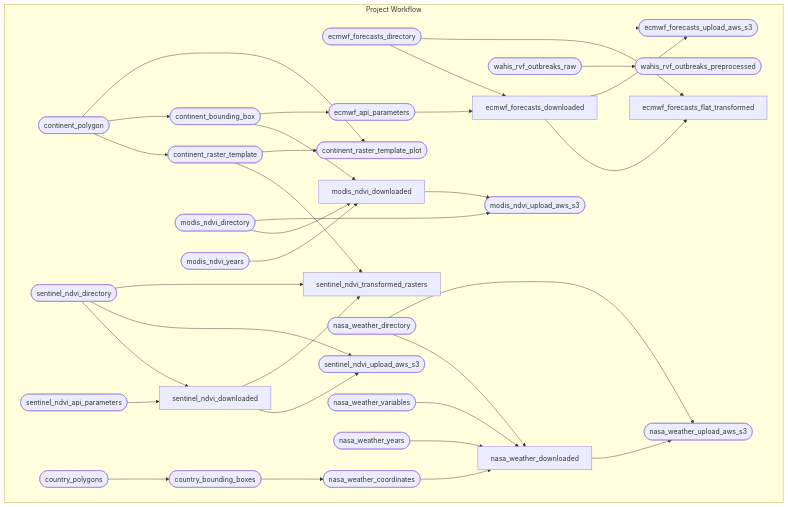
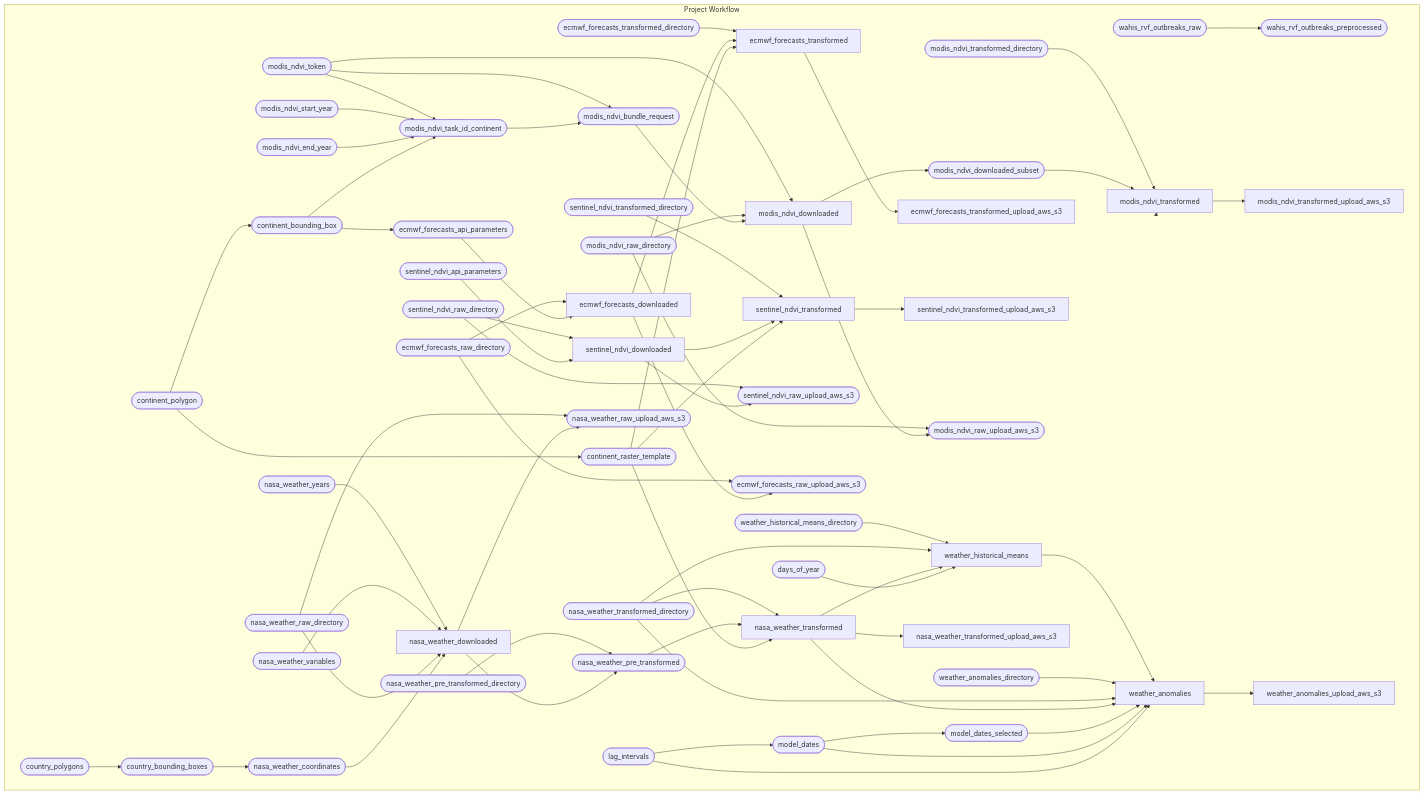
Before and after one commit to One-Health-Research-Consulting/open-rvfcast: the diagram in README.md, drawn with Mermaid. The commit also changed other lines of this file and 4 other files, not shown here.

````diff
--- a/README.md
+++ b/README.md
@@ -54,39 +54,71 @@
 ``` mermaid
 graph LR
 subgraph Project Workflow
     direction LR
-    xcec9a7631fb026ee(["ecmwf_forecasts_directory"]):::skipped --> xa5738a057262b61d(["ecmwf_forecasts_upload_aws_s3"]):::skipped
-    x9c76f3c92ea2d49d["ecmwf_forecasts_downloaded"]:::skipped --> xa5738a057262b61d(["ecmwf_forecasts_upload_aws_s3"]):::skipped
-    xa1d97300a3b205ca(["continent_bounding_box"]):::skipped --> xbb3aa5bc7b1658be(["ecmwf_api_parameters"]):::skipped
-    x0ba8074843dd369a(["continent_polygon"]):::skipped --> x012d23f29668478a(["continent_raster_template_plot"]):::built
-    x2afa632571070318(["continent_raster_template"]):::built --> x012d23f29668478a(["continent_raster_template_plot"]):::built
-    x2afa632571070318(["continent_raster_template"]):::built --> x01658e026e0a29fd["sentinel_ndvi_transformed_rasters"]:::built
-    xfd232772a977e694(["sentinel_ndvi_directory"]):::skipped --> x01658e026e0a29fd["sentinel_ndvi_transformed_rasters"]:::built
-    x26dfd01796db7ec2["sentinel_ndvi_downloaded"]:::skipped --> x01658e026e0a29fd["sentinel_ndvi_transformed_rasters"]:::built
-    x0ba8074843dd369a(["continent_polygon"]):::skipped --> xa1d97300a3b205ca(["continent_bounding_box"]):::skipped
-    xfd232772a977e694(["sentinel_ndvi_directory"]):::skipped --> xe97089048cc40c8d(["sentinel_ndvi_upload_aws_s3"]):::built
-    x26dfd01796db7ec2["sentinel_ndvi_downloaded"]:::skipped --> xe97089048cc40c8d(["sentinel_ndvi_upload_aws_s3"]):::built
-    xcec9a7631fb026ee(["ecmwf_forecasts_directory"]):::skipped --> xff73ba0124e5a017["ecmwf_forecasts_flat_transformed"]:::built
-    x9c76f3c92ea2d49d["ecmwf_forecasts_downloaded"]:::skipped --> xff73ba0124e5a017["ecmwf_forecasts_flat_transformed"]:::built
-    xb038a30f0a35723c(["modis_ndvi_directory"]):::built --> x44ef5d48bcfaea21(["modis_ndvi_upload_aws_s3"]):::queued
-    x77ec1b9f60190564["modis_ndvi_downloaded"]:::queued --> x44ef5d48bcfaea21(["modis_ndvi_upload_aws_s3"]):::queued
-    xd854377155612be3(["wahis_rvf_outbreaks_raw"]):::built --> xeadd38ebf89ffb3e(["wahis_rvf_outbreaks_preprocessed"]):::built
-    x479365af91c7e266(["sentinel_ndvi_api_parameters"]):::skipped --> x26dfd01796db7ec2["sentinel_ndvi_downloaded"]:::skipped
-    xfd232772a977e694(["sentinel_ndvi_directory"]):::skipped --> x26dfd01796db7ec2["sentinel_ndvi_downloaded"]:::skipped
-    xbb3aa5bc7b1658be(["ecmwf_api_parameters"]):::skipped --> x9c76f3c92ea2d49d["ecmwf_forecasts_downloaded"]:::skipped
-    xcec9a7631fb026ee(["ecmwf_forecasts_directory"]):::skipped --> x9c76f3c92ea2d49d["ecmwf_forecasts_downloaded"]:::skipped
-    x0ba8074843dd369a(["continent_polygon"]):::skipped --> x2afa632571070318(["continent_raster_template"]):::built
-    xa1d97300a3b205ca(["continent_bounding_box"]):::skipped --> x77ec1b9f60190564["modis_ndvi_downloaded"]:::queued
-    xb038a30f0a35723c(["modis_ndvi_directory"]):::built --> x77ec1b9f60190564["modis_ndvi_downloaded"]:::queued
-    xa3da9b3925f9741f(["modis_ndvi_years"]):::built --> x77ec1b9f60190564["modis_ndvi_downloaded"]:::queued
-    xd52ee303d6021275(["country_polygons"]):::skipped --> x39dbcca303e23588(["country_bounding_boxes"]):::built
-    xf72c4ee15d2a0400(["nasa_weather_directory"]):::built --> xbfbce2d14bfd3f89(["nasa_weather_upload_aws_s3"]):::built
-    x43cae5645a1256a7["nasa_weather_downloaded"]:::skipped --> xbfbce2d14bfd3f89(["nasa_weather_upload_aws_s3"]):::built
-    x39dbcca303e23588(["country_bounding_boxes"]):::built --> xbe17c5133608677e(["nasa_weather_coordinates"]):::built
-    xbe17c5133608677e(["nasa_weather_coordinates"]):::built --> x43cae5645a1256a7["nasa_weather_downloaded"]:::skipped
-    xf72c4ee15d2a0400(["nasa_weather_directory"]):::built --> x43cae5645a1256a7["nasa_weather_downloaded"]:::skipped
-    x5f34aae31382da1e(["nasa_weather_variables"]):::built --> x43cae5645a1256a7["nasa_weather_downloaded"]:::skipped
-    x910c507cd106a733(["nasa_weather_years"]):::built --> x43cae5645a1256a7["nasa_weather_downloaded"]:::skipped
+    x2afa632571070318(["continent_raster_template"]):::queued --> xc55126e36b9ee566["modis_ndvi_transformed"]:::queued
+    x60c5d01495f04ee8(["modis_ndvi_downloaded_subset"]):::queued --> xc55126e36b9ee566["modis_ndvi_transformed"]:::queued
+    xddbcda901f17e1d1(["modis_ndvi_transformed_directory"]):::queued --> xc55126e36b9ee566["modis_ndvi_transformed"]:::queued
+    xd854377155612be3(["wahis_rvf_outbreaks_raw"]):::queued --> xeadd38ebf89ffb3e(["wahis_rvf_outbreaks_preprocessed"]):::queued
+    x0ba8074843dd369a(["continent_polygon"]):::queued --> xa1d97300a3b205ca(["continent_bounding_box"]):::queued
+    x4ca41505bc9c846a(["modis_ndvi_task_id_continent"]):::queued --> x2c3b1f139ba532ca(["modis_ndvi_bundle_request"]):::queued
+    x916defe204c1f69c(["modis_ndvi_token"]):::queued --> x2c3b1f139ba532ca(["modis_ndvi_bundle_request"]):::queued
+    xc55126e36b9ee566["modis_ndvi_transformed"]:::queued --> xc337ca407a72f903["modis_ndvi_transformed_upload_aws_s3"]:::queued
+    xd52ee303d6021275(["country_polygons"]):::queued --> x39dbcca303e23588(["country_bounding_boxes"]):::queued
+    x43cae5645a1256a7["nasa_weather_downloaded"]:::queued --> x77539b5dc772bdfd(["nasa_weather_pre_transformed"]):::queued
+    xbcea85d356221687(["nasa_weather_pre_transformed_directory"]):::queued --> x77539b5dc772bdfd(["nasa_weather_pre_transformed"]):::queued
+    xa1d97300a3b205ca(["continent_bounding_box"]):::queued --> xf00bd0e6e1fc24a0(["ecmwf_forecasts_api_parameters"]):::queued
+    x5752763e075efea5["ecmwf_forecasts_transformed"]:::queued --> x49bcc7244e5eb3cd["ecmwf_forecasts_transformed_upload_aws_s3"]:::queued
+    xe1a1cac3045abbc0["weather_anomalies"]:::queued --> xe9b302b56f44da20["weather_anomalies_upload_aws_s3"]:::queued
+    x2afa632571070318(["continent_raster_template"]):::queued --> x4ddad172e6ddc3fa["nasa_weather_transformed"]:::queued
+    x77539b5dc772bdfd(["nasa_weather_pre_transformed"]):::queued --> x4ddad172e6ddc3fa["nasa_weather_transformed"]:::queued
+    xa60264a63420800d(["nasa_weather_transformed_directory"]):::queued --> x4ddad172e6ddc3fa["nasa_weather_transformed"]:::queued
+    x2afa632571070318(["continent_raster_template"]):::queued --> x19b225f852b090d9["sentinel_ndvi_transformed"]:::queued
+    x26dfd01796db7ec2["sentinel_ndvi_downloaded"]:::queued --> x19b225f852b090d9["sentinel_ndvi_transformed"]:::queued
+    xdd7379fb675e7857(["sentinel_ndvi_transformed_directory"]):::queued --> x19b225f852b090d9["sentinel_ndvi_transformed"]:::queued
+    xf00bd0e6e1fc24a0(["ecmwf_forecasts_api_parameters"]):::queued --> x9c76f3c92ea2d49d["ecmwf_forecasts_downloaded"]:::queued
+    xb288b7c1b8fb2514(["ecmwf_forecasts_raw_directory"]):::queued --> x9c76f3c92ea2d49d["ecmwf_forecasts_downloaded"]:::queued
+    x19b225f852b090d9["sentinel_ndvi_transformed"]:::queued --> x65d1896932a802c6["sentinel_ndvi_transformed_upload_aws_s3"]:::queued
+    x2afa632571070318(["continent_raster_template"]):::queued --> x5752763e075efea5["ecmwf_forecasts_transformed"]:::queued
+    x9c76f3c92ea2d49d["ecmwf_forecasts_downloaded"]:::queued --> x5752763e075efea5["ecmwf_forecasts_transformed"]:::queued
+    xfb389ce5466cdf51(["ecmwf_forecasts_transformed_directory"]):::queued --> x5752763e075efea5["ecmwf_forecasts_transformed"]:::queued
+    x0ba8074843dd369a(["continent_polygon"]):::queued --> x2afa632571070318(["continent_raster_template"]):::queued
+    x39dbcca303e23588(["country_bounding_boxes"]):::queued --> xbe17c5133608677e(["nasa_weather_coordinates"]):::queued
+    x26dfd01796db7ec2["sentinel_ndvi_downloaded"]:::queued --> xa42ed0b375131490(["sentinel_ndvi_raw_upload_aws_s3"]):::queued
+    x5d90422bc28d73ea(["sentinel_ndvi_raw_directory"]):::queued --> xa42ed0b375131490(["sentinel_ndvi_raw_upload_aws_s3"]):::queued
+    x43cae5645a1256a7["nasa_weather_downloaded"]:::queued --> x8d9f04c3ab33c97e(["nasa_weather_raw_upload_aws_s3"]):::queued
+    x139cb26a74e33685(["nasa_weather_raw_directory"]):::queued --> x8d9f04c3ab33c97e(["nasa_weather_raw_upload_aws_s3"]):::queued
+    xfe05df041c188102(["lag_intervals"]):::queued --> x7fe7e05ff9fedb6e(["model_dates"]):::queued
+    xa1d97300a3b205ca(["continent_bounding_box"]):::queued --> x4ca41505bc9c846a(["modis_ndvi_task_id_continent"]):::queued
+    x0a00065ff46dd97d(["modis_ndvi_end_year"]):::queued --> x4ca41505bc9c846a(["modis_ndvi_task_id_continent"]):::queued
+    xc77054c0c2d4b521(["modis_ndvi_start_year"]):::queued --> x4ca41505bc9c846a(["modis_ndvi_task_id_continent"]):::queued
+    x916defe204c1f69c(["modis_ndvi_token"]):::queued --> x4ca41505bc9c846a(["modis_ndvi_task_id_continent"]):::queued
+    x2c3b1f139ba532ca(["modis_ndvi_bundle_request"]):::queued --> x77ec1b9f60190564["modis_ndvi_downloaded"]:::queued
+    x406ecfd77a739217(["modis_ndvi_raw_directory"]):::queued --> x77ec1b9f60190564["modis_ndvi_downloaded"]:::queued
+    x916defe204c1f69c(["modis_ndvi_token"]):::queued --> x77ec1b9f60190564["modis_ndvi_downloaded"]:::queued
+    x77ec1b9f60190564["modis_ndvi_downloaded"]:::queued --> x9ed24944fa9bfa94(["modis_ndvi_raw_upload_aws_s3"]):::queued
+    x406ecfd77a739217(["modis_ndvi_raw_directory"]):::queued --> x9ed24944fa9bfa94(["modis_ndvi_raw_upload_aws_s3"]):::queued
+    x77ec1b9f60190564["modis_ndvi_downloaded"]:::queued --> x60c5d01495f04ee8(["modis_ndvi_downloaded_subset"]):::queued
+    x9c76f3c92ea2d49d["ecmwf_forecasts_downloaded"]:::queued --> x7a39ddedb20d3272(["ecmwf_forecasts_raw_upload_aws_s3"]):::queued
+    xb288b7c1b8fb2514(["ecmwf_forecasts_raw_directory"]):::queued --> x7a39ddedb20d3272(["ecmwf_forecasts_raw_upload_aws_s3"]):::queued
+    x567c2f1aadeaa766(["days_of_year"]):::queued --> x2393c57020f85ab5["weather_historical_means"]:::queued
+    x4ddad172e6ddc3fa["nasa_weather_transformed"]:::queued --> x2393c57020f85ab5["weather_historical_means"]:::queued
+    xa60264a63420800d(["nasa_weather_transformed_directory"]):::queued --> x2393c57020f85ab5["weather_historical_means"]:::queued
+    x1ef3b920160b49c2(["weather_historical_means_directory"]):::queued --> x2393c57020f85ab5["weather_historical_means"]:::queued
+    x479365af91c7e266(["sentinel_ndvi_api_parameters"]):::queued --> x26dfd01796db7ec2["sentinel_ndvi_downloaded"]:::queued
+    x5d90422bc28d73ea(["sentinel_ndvi_raw_directory"]):::queued --> x26dfd01796db7ec2["sentinel_ndvi_downloaded"]:::queued
+    x7fe7e05ff9fedb6e(["model_dates"]):::queued --> x664a03317c592009(["model_dates_selected"]):::queued
+    xbe17c5133608677e(["nasa_weather_coordinates"]):::queued --> x43cae5645a1256a7["nasa_weather_downloaded"]:::queued
+    x139cb26a74e33685(["nasa_weather_raw_directory"]):::queued --> x43cae5645a1256a7["nasa_weather_downloaded"]:::queued
+    x5f34aae31382da1e(["nasa_weather_variables"]):::queued --> x43cae5645a1256a7["nasa_weather_downloaded"]:::queued
+    x910c507cd106a733(["nasa_weather_years"]):::queued --> x43cae5645a1256a7["nasa_weather_downloaded"]:::queued
+    x4ddad172e6ddc3fa["nasa_weather_transformed"]:::queued --> x043ea23dffe848ec["nasa_weather_transformed_upload_aws_s3"]:::queued
+    xfe05df041c188102(["lag_intervals"]):::queued --> xe1a1cac3045abbc0["weather_anomalies"]:::queued
+    x7fe7e05ff9fedb6e(["model_dates"]):::queued --> xe1a1cac3045abbc0["weather_anomalies"]:::queued
+    x664a03317c592009(["model_dates_selected"]):::queued --> xe1a1cac3045abbc0["weather_anomalies"]:::queued
+    x4ddad172e6ddc3fa["nasa_weather_transformed"]:::queued --> xe1a1cac3045abbc0["weather_anomalies"]:::queued
+    xa60264a63420800d(["nasa_weather_transformed_directory"]):::queued --> xe1a1cac3045abbc0["weather_anomalies"]:::queued
+    x805693de8bc2372c(["weather_anomalies_directory"]):::queued --> xe1a1cac3045abbc0["weather_anomalies"]:::queued
+    x2393c57020f85ab5["weather_historical_means"]:::queued --> xe1a1cac3045abbc0["weather_anomalies"]:::queued
   end
 linkStyle 0 stroke-width:0px;
 ```
````
